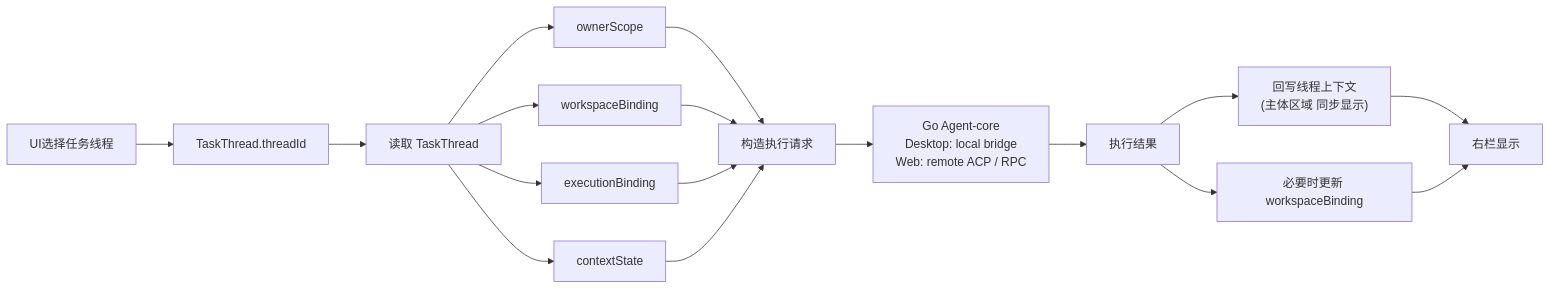
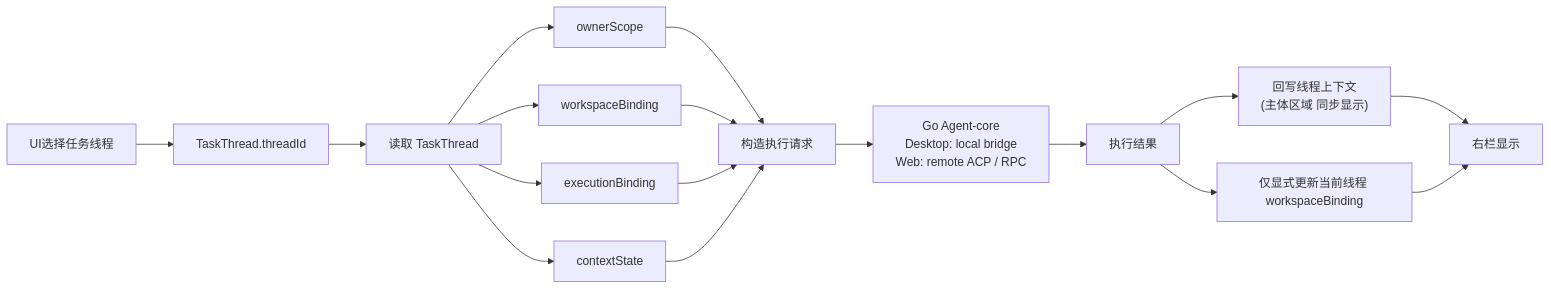
The diagram in docs/architecture/assistant-thread-target-model-20260328.md (x-evor/xworkmate-app), drawn with Mermaid before and after one commit. The commit also changed other lines of this file and 26 other files, not shown here.

Commit message:
Refactor TaskThread workspace binding semantics

````diff
--- a/docs/architecture/assistant-thread-target-model-20260328.md
+++ b/docs/architecture/assistant-thread-target-model-20260328.md
@@ -120,24 +120,24 @@
 ```mermaid
 flowchart LR
   A["UI选择任务线程"] --> B["TaskThread.threadId"]
   B --> C["读取 TaskThread"]
 
   C --> D1["ownerScope"]
   C --> D2["workspaceBinding"]
   C --> D3["executionBinding"]
   C --> D4["contextState"]
 
   D1 --> E["构造执行请求"]
   D2 --> E
   D3 --> E
   D4 --> E
 
   E --> F["Go Agent-core\nDesktop: local bridge\nWeb: remote ACP / RPC"]
   F --> G["执行结果"]
 
   G --> H["回写线程上下文\n(主体区域 同步显示)"]
-  G --> I["必要时更新 workspaceBinding"]
+  G --> I["仅显式更新当前线程 workspaceBinding"]
 
   H --> J["右栏显示"]
   I --> J
 ```
````
